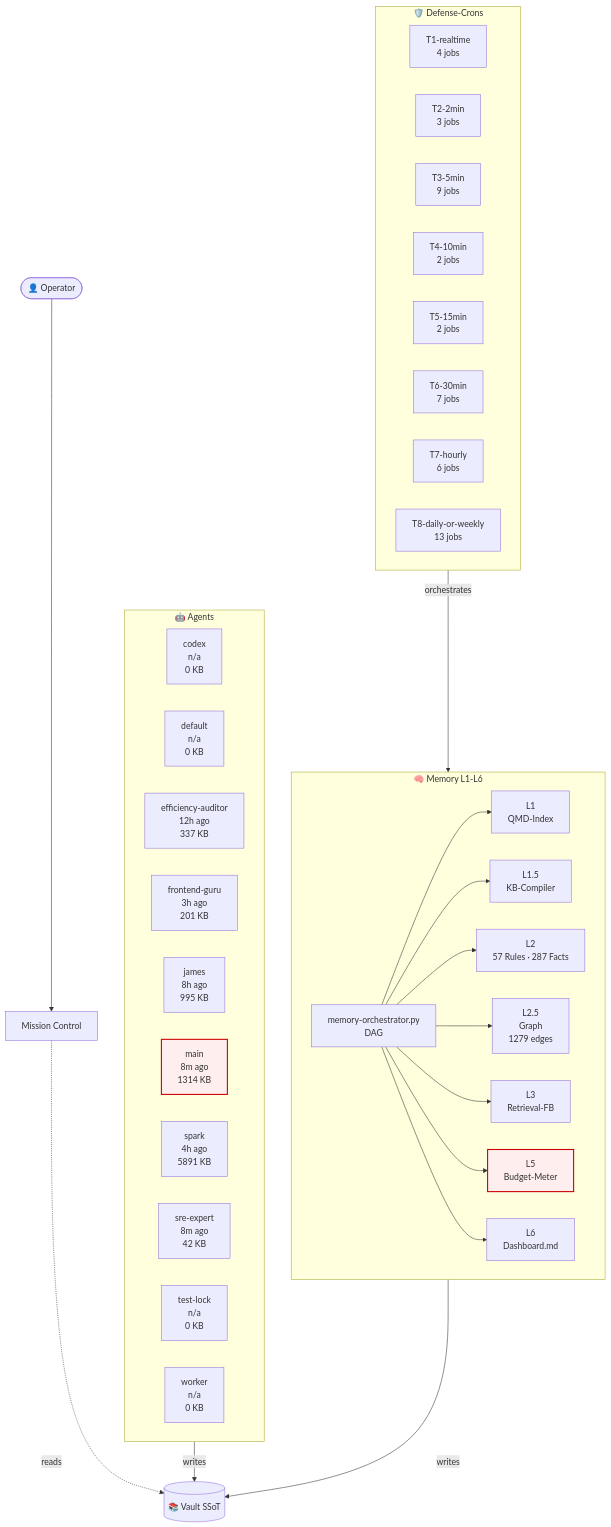
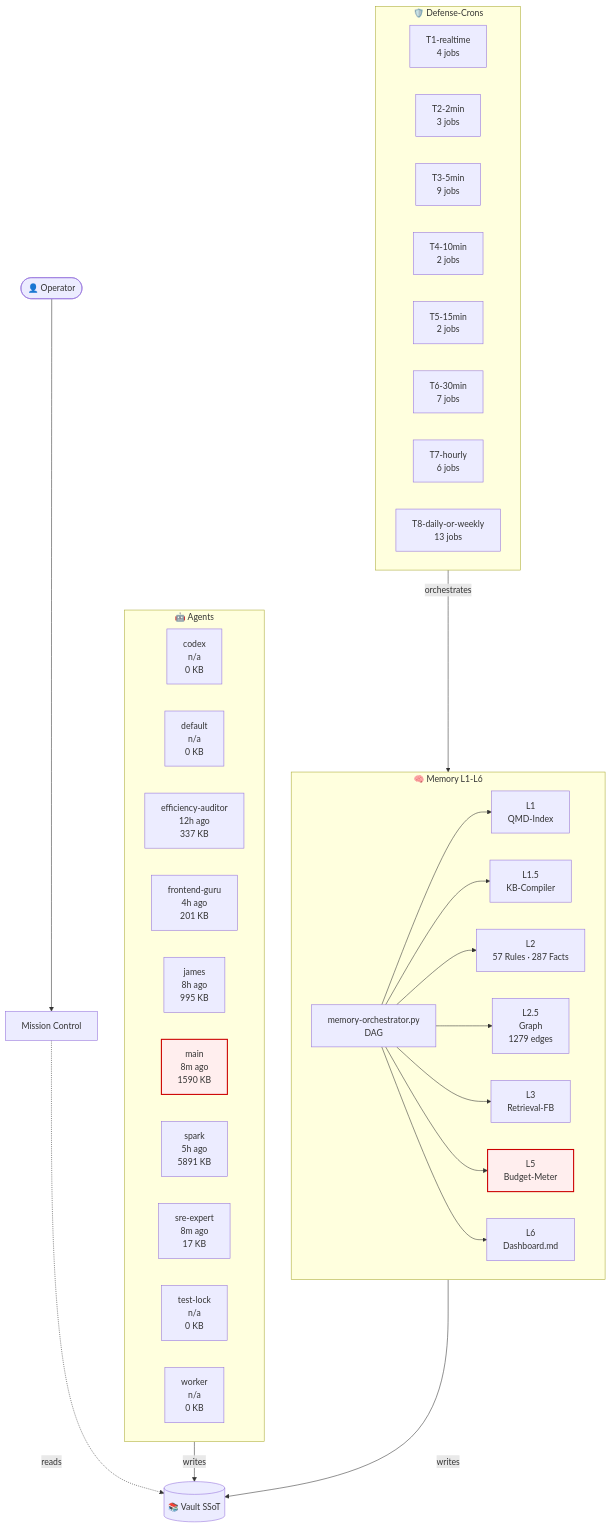
The diagram in 03-Agents/architecture-live.md (lenardhuebner88-rgb/openclaw-memory), drawn with Mermaid before and after one commit. The commit also changed other lines of this file and 13 other files, not shown here.

````diff
--- a/03-Agents/architecture-live.md
+++ b/03-Agents/architecture-live.md
@@ -18,53 +18,53 @@
 ```mermaid
 flowchart TB
     classDef critical fill:#fee,stroke:#c00,stroke-width:2px;
     subgraph AGT["🤖 Agents"]
         agent_codex["codex<br/>n/a<br/>0 KB"]
         agent_default["default<br/>n/a<br/>0 KB"]
         agent_efficiency_auditor["efficiency-auditor<br/>12h ago<br/>337 KB"]
-        agent_frontend_guru["frontend-guru<br/>3h ago<br/>201 KB"]
+        agent_frontend_guru["frontend-guru<br/>4h ago<br/>201 KB"]
         agent_james["james<br/>8h ago<br/>995 KB"]
-        agent_main["main<br/>8m ago<br/>1314 KB"]
-        agent_spark["spark<br/>4h ago<br/>5891 KB"]
-        agent_sre_expert["sre-expert<br/>8m ago<br/>42 KB"]
+        agent_main["main<br/>8m ago<br/>1590 KB"]
+        agent_spark["spark<br/>5h ago<br/>5891 KB"]
+        agent_sre_expert["sre-expert<br/>8m ago<br/>17 KB"]
         agent_test_lock["test-lock<br/>n/a<br/>0 KB"]
         agent_worker["worker<br/>n/a<br/>0 KB"]
     end
     subgraph MEM["🧠 Memory L1-L6"]
         L1["L1<br/>QMD-Index"]
         L15["L1.5<br/>KB-Compiler"]
         L2["L2<br/>57 Rules · 287 Facts"]
         L25["L2.5<br/>Graph<br/>1279 edges"]
         L3["L3<br/>Retrieval-FB"]
         L5["L5<br/>Budget-Meter"]
         L6["L6<br/>Dashboard.md"]
         ORCH["memory-orchestrator.py<br/>DAG"]
     end
     subgraph CRN["🛡️ Defense-Crons"]
         tier_T1_realtime["T1-realtime<br/>4 jobs"]
         tier_T2_2min["T2-2min<br/>3 jobs"]
         tier_T3_5min["T3-5min<br/>9 jobs"]
         tier_T4_10min["T4-10min<br/>2 jobs"]
         tier_T5_15min["T5-15min<br/>2 jobs"]
         tier_T6_30min["T6-30min<br/>7 jobs"]
         tier_T7_hourly["T7-hourly<br/>6 jobs"]
         tier_T8_daily_or_weekly["T8-daily-or-weekly<br/>13 jobs"]
     end
     VAULT[("📚 Vault SSoT")]
     OP([👤 Operator])
     MC["Mission Control"]
     OP --> MC
     MC -.reads.-> VAULT
     AGT -->|writes| VAULT
     MEM -->|writes| VAULT
     ORCH --> L1
     ORCH --> L15
     ORCH --> L2
     ORCH --> L25
     ORCH --> L3
     ORCH --> L5
     ORCH --> L6
     CRN -->|orchestrates| MEM
     class L5 critical
     class agent_main critical
 ```
````
